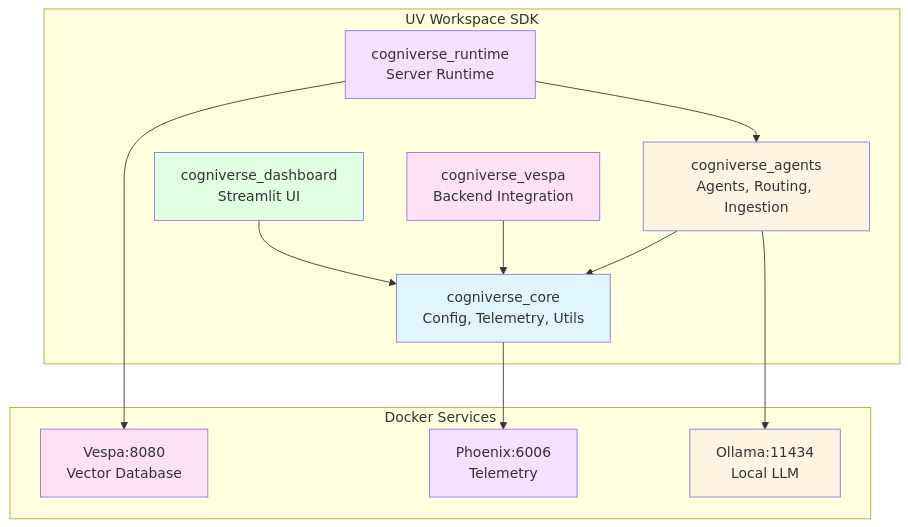
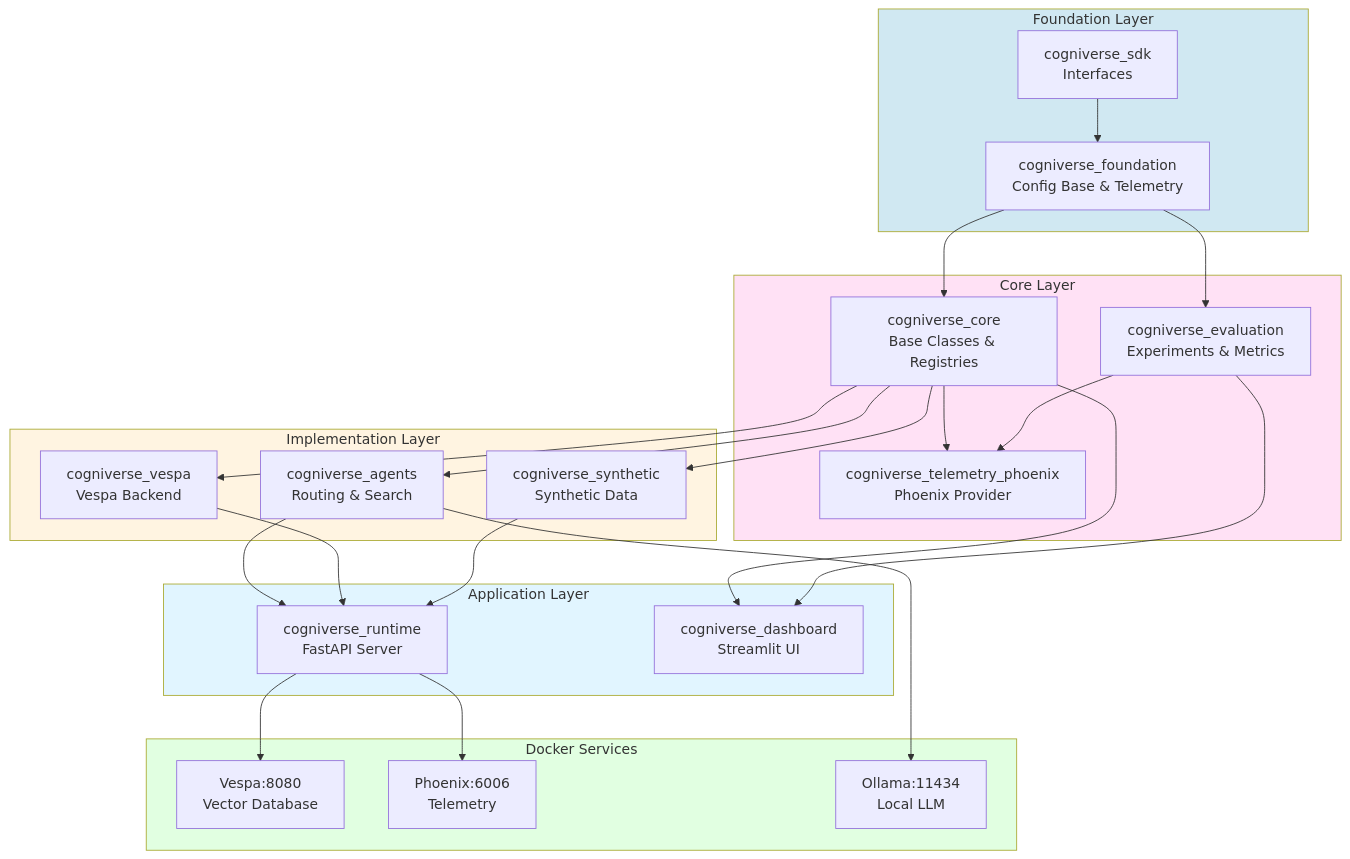
One commit to amit-jain/cogniverse changed the diagram in docs/operations/setup-installation.md. Above: the diagram before and after it, drawn with Mermaid. The commit also changed other lines of this file and 13 other files, not shown here.

First line of the commit message:
Update all documentation to reflect 10-package architecture

````diff
--- a/docs/operations/setup-installation.md
+++ b/docs/operations/setup-installation.md
@@ -147,34 +189,56 @@
 ```mermaid
 graph TB
-    subgraph SDK[UV Workspace SDK]
-        Core[cogniverse_core<br/>Config, Telemetry, Utils]
-        Agents[cogniverse_agents<br/>Agents, Routing, Ingestion]
-        Vespa[cogniverse_vespa<br/>Backend Integration]
-        Runtime[cogniverse_runtime<br/>Server Runtime]
+    subgraph Foundation[Foundation Layer]
+        SDK[cogniverse_sdk<br/>Interfaces]
+        Foundation_pkg[cogniverse_foundation<br/>Config Base & Telemetry]
+    end
+
+    subgraph Core[Core Layer]
+        Core_pkg[cogniverse_core<br/>Base Classes & Registries]
+        Evaluation[cogniverse_evaluation<br/>Experiments & Metrics]
+        TelemetryPhoenix[cogniverse_telemetry_phoenix<br/>Phoenix Provider]
+    end
+
+    subgraph Implementation[Implementation Layer]
+        Agents[cogniverse_agents<br/>Routing & Search]
+        Vespa[cogniverse_vespa<br/>Vespa Backend]
+        Synthetic[cogniverse_synthetic<br/>Synthetic Data]
+    end
+
+    subgraph Application[Application Layer]
+        Runtime[cogniverse_runtime<br/>FastAPI Server]
         Dashboard[cogniverse_dashboard<br/>Streamlit UI]
     end
 
     subgraph Services[Docker Services]
         VespaDB[Vespa:8080<br/>Vector Database]
-        Phoenix[Phoenix:6006<br/>Telemetry]
+        PhoenixSvc[Phoenix:6006<br/>Telemetry]
         Ollama[Ollama:11434<br/>Local LLM]
     end
 
-    Agents --> Core
-    Vespa --> Core
-    Runtime --> Agents
-    Dashboard --> Core
+    SDK --> Foundation_pkg
+    Foundation_pkg --> Core_pkg
+    Foundation_pkg --> Evaluation
+    Core_pkg --> TelemetryPhoenix
+    Evaluation --> TelemetryPhoenix
+
+    Core_pkg --> Agents
+    Core_pkg --> Vespa
+    Core_pkg --> Synthetic
+
+    Agents --> Runtime
+    Vespa --> Runtime
+    Synthetic --> Runtime
+    Core_pkg --> Dashboard
+    Evaluation --> Dashboard
 
     Runtime --> VespaDB
-    Core --> Phoenix
+    Runtime --> PhoenixSvc
     Agents --> Ollama
 
-    style Core fill:#e1f5ff
-    style Agents fill:#fff4e1
-    style Vespa fill:#ffe1f5
-    style Runtime fill:#f5e1ff
-    style Dashboard fill:#e1ffe1
-    style VespaDB fill:#ffe1f5
-    style Phoenix fill:#f5e1ff
-    style Ollama fill:#fff4e1
+    style Foundation fill:#d0e8f2
+    style Core fill:#ffe1f5
+    style Implementation fill:#fff4e1
+    style Application fill:#e1f5ff
+    style Services fill:#e1ffe1
 ```
````
